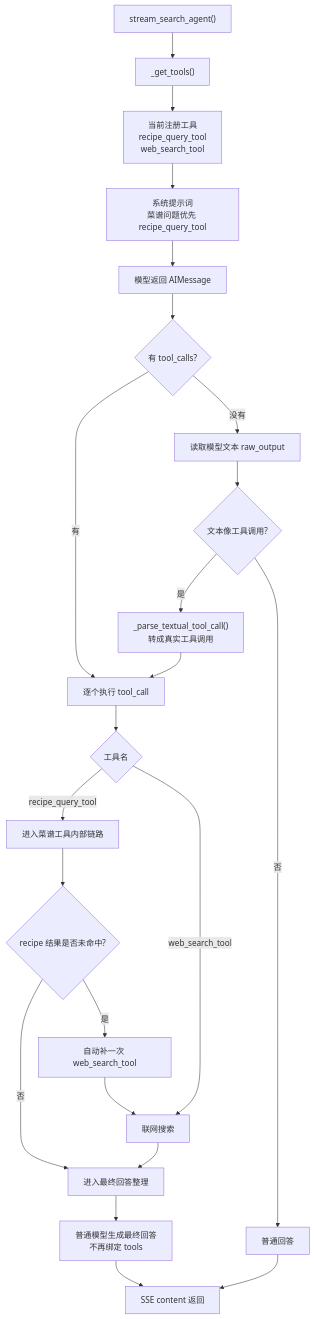
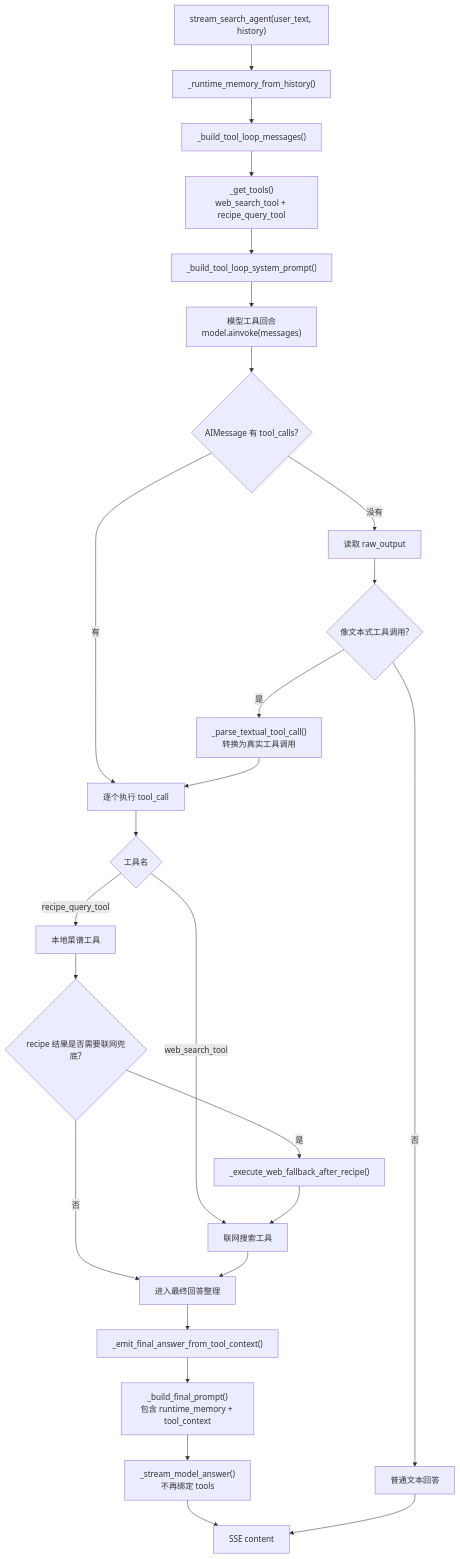
Before and after one commit to QDcvd/CookGraph: the third of 6 diagrams in doc/USER_MESSAGE_CALL_CHAIN.md, drawn with Mermaid. The commit also changed other lines of this file and 20 other files, not shown here.

````diff
--- a/doc/USER_MESSAGE_CALL_CHAIN.md
+++ b/doc/USER_MESSAGE_CALL_CHAIN.md
@@ -66,28 +123,31 @@
 ```mermaid
 flowchart TD
-    A["stream_search_agent()"] --> B["_get_tools()"]
-    B --> C["当前注册工具<br/>recipe_query_tool<br/>web_search_tool"]
-    C --> D["系统提示词<br/>菜谱问题优先 recipe_query_tool"]
-    D --> E["模型返回 AIMessage"]
-    E --> F{"有 tool_calls?"}
+    A["stream_search_agent(user_text, history)"] --> B["_runtime_memory_from_history()"]
+    B --> C["_build_tool_loop_messages()"]
+    C --> D["_get_tools()<br/>web_search_tool + recipe_query_tool"]
+    D --> E["_build_tool_loop_system_prompt()"]
+    E --> F["模型工具回合<br/>model.ainvoke(messages)"]
 
-    F -->|有| G["逐个执行 tool_call"]
-    F -->|没有| H["读取模型文本 raw_output"]
-    H --> I{"文本像工具调用?"}
-    I -->|是| J["_parse_textual_tool_call()<br/>转成真实工具调用"]
-    I -->|否| K["普通回答"]
-    J --> G
+    F --> G{"AIMessage 有 tool_calls?"}
+    G -->|有| H["逐个执行 tool_call"]
+    G -->|没有| I["读取 raw_output"]
+    I --> J{"像文本式工具调用?"}
+    J -->|是| K["_parse_textual_tool_call()<br/>转换为真实工具调用"]
+    J -->|否| L["普通文本回答"]
+    K --> H
 
-    G --> L{"工具名"}
-    L -->|recipe_query_tool| M["进入菜谱工具内部链路"]
-    L -->|web_search_tool| N["联网搜索"]
+    H --> M{"工具名"}
+    M -->|recipe_query_tool| N["本地菜谱工具"]
+    M -->|web_search_tool| O["联网搜索工具"]
 
-    M --> O{"recipe 结果是否未命中?"}
-    O -->|否| P["进入最终回答整理"]
-    O -->|是| Q["自动补一次 web_search_tool"]
-    Q --> N
-    N --> P
-    P --> R["普通模型生成最终回答<br/>不再绑定 tools"]
-    R --> S["SSE content 返回"]
-    K --> S
+    N --> P{"recipe 结果是否需要联网兜底?"}
+    P -->|是| Q["_execute_web_fallback_after_recipe()"]
+    Q --> O
+    P -->|否| R["进入最终回答整理"]
+    O --> R
+    R --> S["_emit_final_answer_from_tool_context()"]
+    S --> T["_build_final_prompt()<br/>包含 runtime_memory + tool_context"]
+    T --> U["_stream_model_answer()<br/>不再绑定 tools"]
+    U --> V["SSE content"]
+    L --> V
 ```
````
